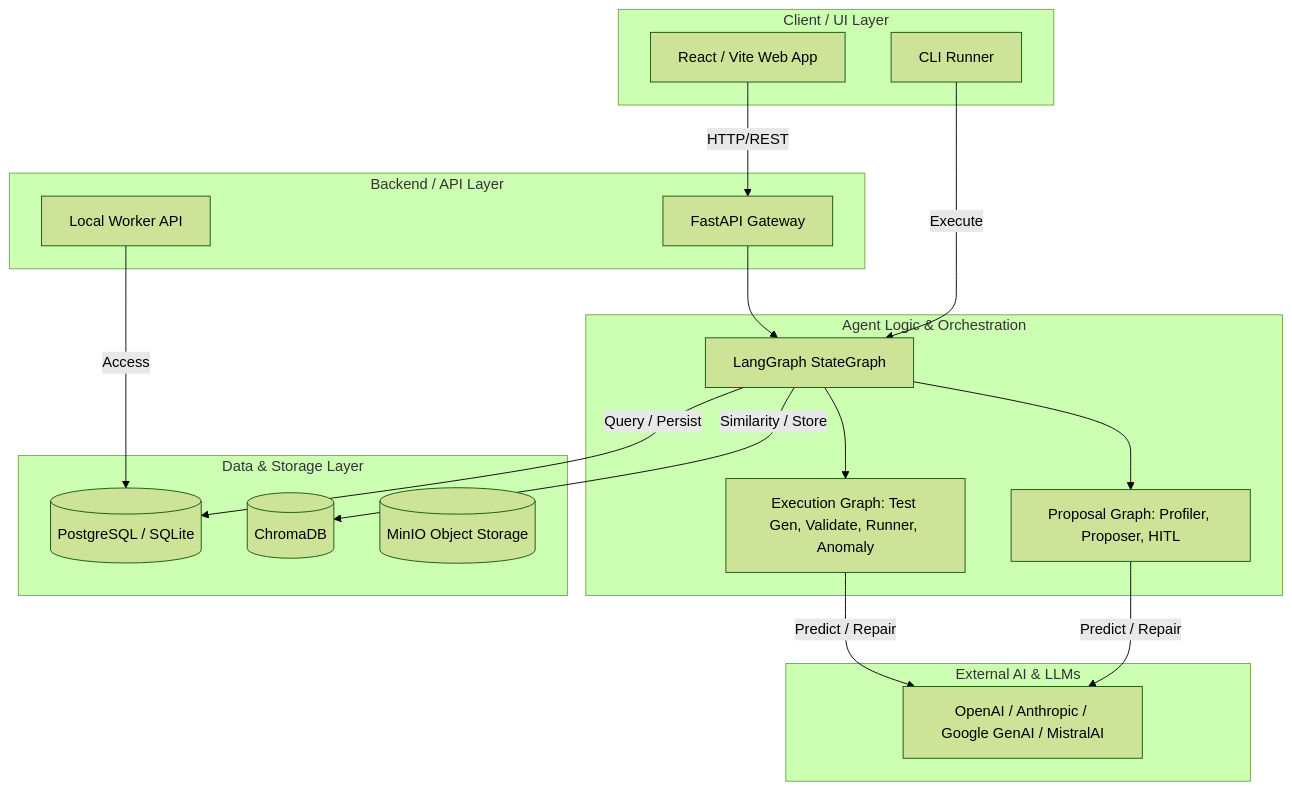
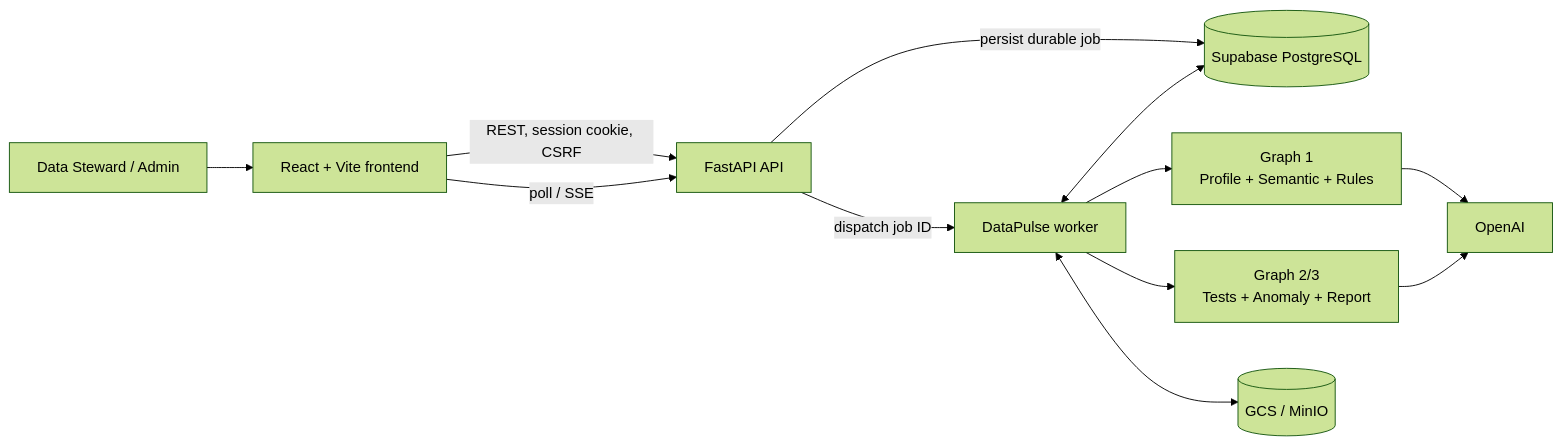
One commit to Phongnhv/P_28_Deploy changed the first of 2 diagrams in README.md. Above: the diagram before and after it, drawn with Mermaid (forest theme). The commit also changed other lines of this file and 30 other files, not shown here.

````diff
--- a/README.md
+++ b/README.md
@@ -8,39 +24,14 @@
 ```mermaid
-graph TD
-    subgraph Client_Layer["Client / UI Layer"]
-        UI[React / Vite Web App]
-        CLI[CLI Runner]
-    end
-
-    subgraph Backend_Layer["Backend / API Layer"]
-        API[FastAPI Gateway]
-        Worker[Local Worker API]
-    end
-
-    subgraph Agent_Layer["Agent Logic & Orchestration"]
-        LG[LangGraph StateGraph]
-        Run1[Proposal Graph: Profiler, Proposer, HITL]
-        Run2[Execution Graph: Test Gen, Validate, Runner, Anomaly]
-        LG --> Run1
-        LG --> Run2
-    end
-
-    subgraph LLM_Layer["External AI & LLMs"]
-        LLM[OpenAI / Anthropic / Google GenAI / MistralAI]
-    end
-
-    subgraph Data_Layer["Data & Storage Layer"]
-        DB[(PostgreSQL / SQLite)]
-        VectorDB[(ChromaDB)]
-        MinIO[(MinIO Object Storage)]
-    end
-
-    UI -- "HTTP/REST" --> API
-    CLI -- "Execute" --> LG
-    API --> LG
-    Run1 -- "Predict / Repair" --> LLM
-    Run2 -- "Predict / Repair" --> LLM
-    LG -- "Query / Persist" --> DB
-    LG -- "Similarity / Store" --> VectorDB
-    Worker -- "Access" --> DB
+flowchart LR
+    User[Data Steward / Admin] --> FE[React + Vite frontend]
+    FE -->|REST, session cookie, CSRF| API[FastAPI API]
+    API -->|persist durable job| DB[(Supabase PostgreSQL)]
+    API -->|dispatch job ID| Worker[DataPulse worker]
+    Worker --> G1[Graph 1<br/>Profile + Semantic + Rules]
+    Worker --> G23[Graph 2/3<br/>Tests + Anomaly + Report]
+    G1 --> LLM[OpenAI]
+    G23 --> LLM
+    Worker <--> DB
+    Worker <--> Storage[(GCS / MinIO)]
+    FE -->|poll / SSE| API
 ```
````
